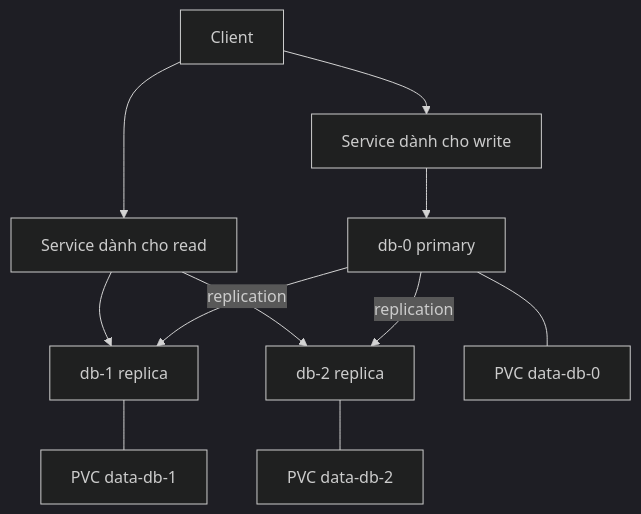
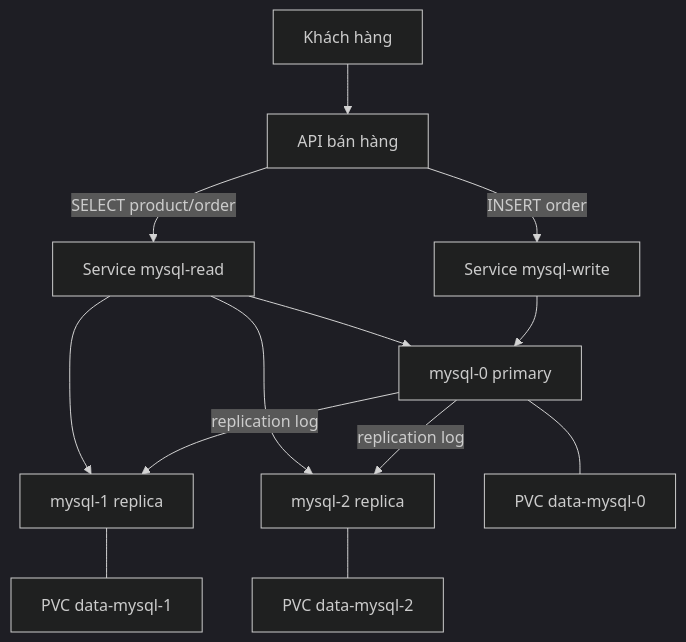
One commit to vanhiep99w/k8s-learn changed the second of 2 diagrams in content/docs/workloads/statefulset.md. Above: the diagram before and after it, drawn with Mermaid (dark theme). The commit also changed other lines of this file and 17 other files, not shown here.

````diff
--- a/content/docs/workloads/statefulset.md
+++ b/content/docs/workloads/statefulset.md
@@ -211,13 +244,15 @@
 ```mermaid
 flowchart TB
-    C[Client] --> WS[Service dành cho write]
-    C --> RS[Service dành cho read]
-    WS --> D0[db-0 primary]
-    RS --> D1[db-1 replica]
-    RS --> D2[db-2 replica]
-    D0 -->|replication| D1
-    D0 -->|replication| D2
-    D0 --- V0[PVC data-db-0]
-    D1 --- V1[PVC data-db-1]
-    D2 --- V2[PVC data-db-2]
+    U[Khách hàng] --> API[API bán hàng]
+    API -->|INSERT order| WS[Service mysql-write]
+    WS --> D0[mysql-0 primary]
+    D0 -->|replication log| D1[mysql-1 replica]
+    D0 -->|replication log| D2[mysql-2 replica]
+    API -->|SELECT product/order| RS[Service mysql-read]
+    RS --> D0
+    RS --> D1
+    RS --> D2
+    D0 --- V0[PVC data-mysql-0]
+    D1 --- V1[PVC data-mysql-1]
+    D2 --- V2[PVC data-mysql-2]
 ```
````
